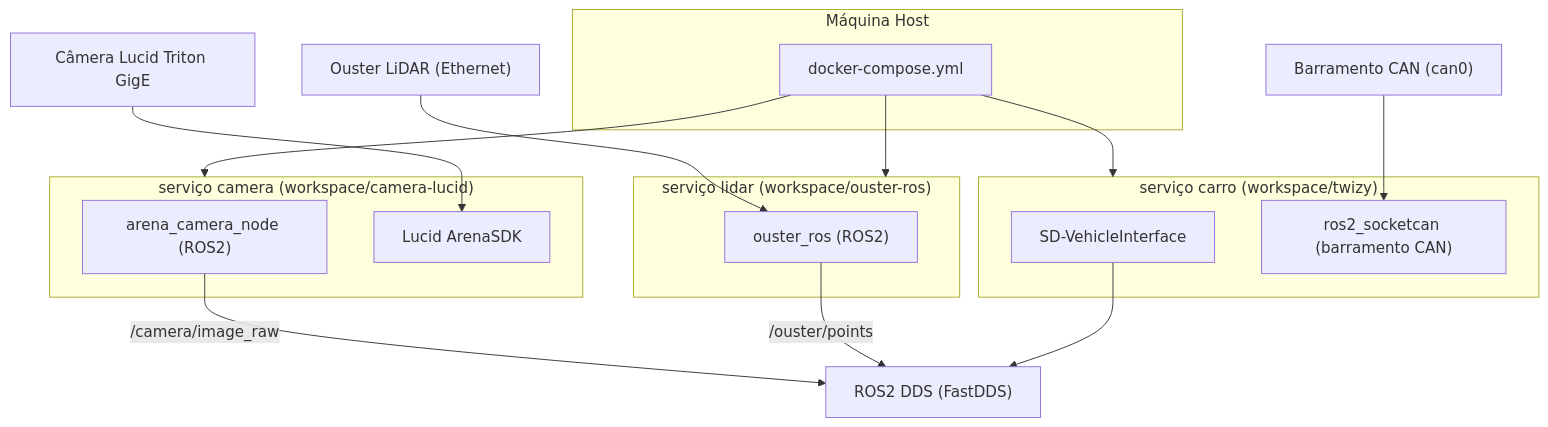
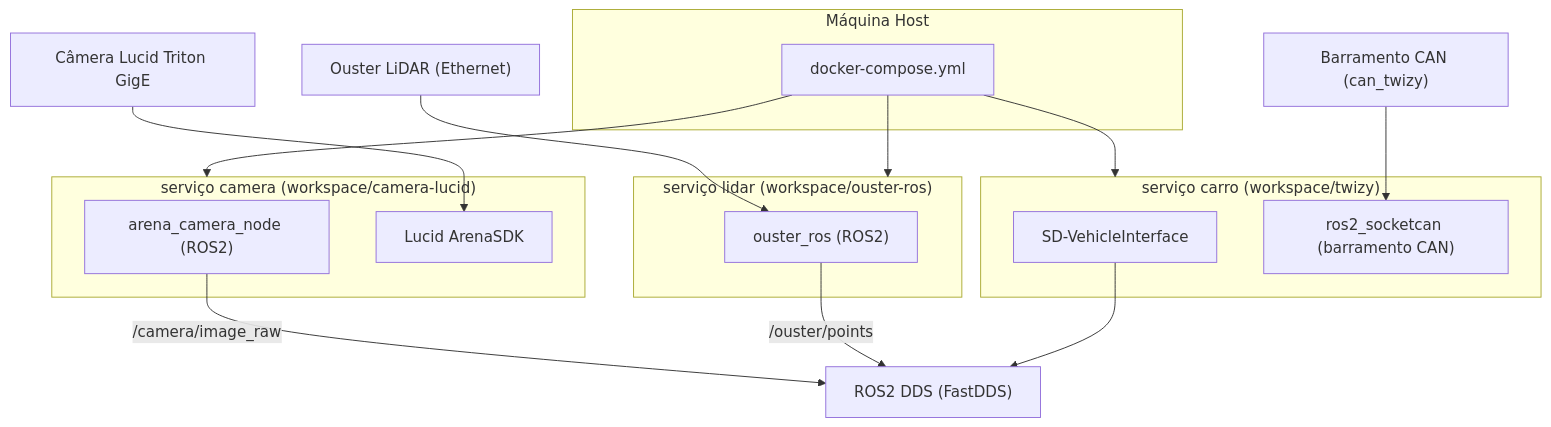
Before and after one commit to AKCIT-RL/twizy: the diagram in docs/index.pt.md, drawn with Mermaid. The commit also changed 14 other files, not shown here.

````diff
--- a/docs/index.pt.md
+++ b/docs/index.pt.md
@@ -7,32 +7,32 @@
 ```mermaid
 graph TB
     subgraph host["Máquina Host"]
         dc["docker-compose.yml"]
     end
 
     subgraph camera["serviço camera (workspace/camera-lucid)"]
         cam_node["arena_camera_node (ROS2)"]
         cam_sdk["Lucid ArenaSDK"]
     end
 
     subgraph lidar["serviço lidar (workspace/ouster-ros)"]
         ouster_node["ouster_ros (ROS2)"]
     end
 
     subgraph vehicle["serviço carro (workspace/twizy)"]
         vi["SD-VehicleInterface"]
         can["ros2_socketcan (barramento CAN)"]
     end
 
     hw_cam["Câmera Lucid Triton GigE"] --> cam_sdk
     hw_lidar["Ouster LiDAR (Ethernet)"] --> ouster_node
-    hw_can["Barramento CAN (can0)"] --> can
+    hw_can["Barramento CAN (can_twizy)"] --> can
 
     dc --> camera
     dc --> lidar
     dc --> vehicle
 
     cam_node -->|"/camera/image_raw"| ros2_net["ROS2 DDS (FastDDS)"]
     ouster_node -->|"/ouster/points"| ros2_net
     vi --> ros2_net
 ```
````
